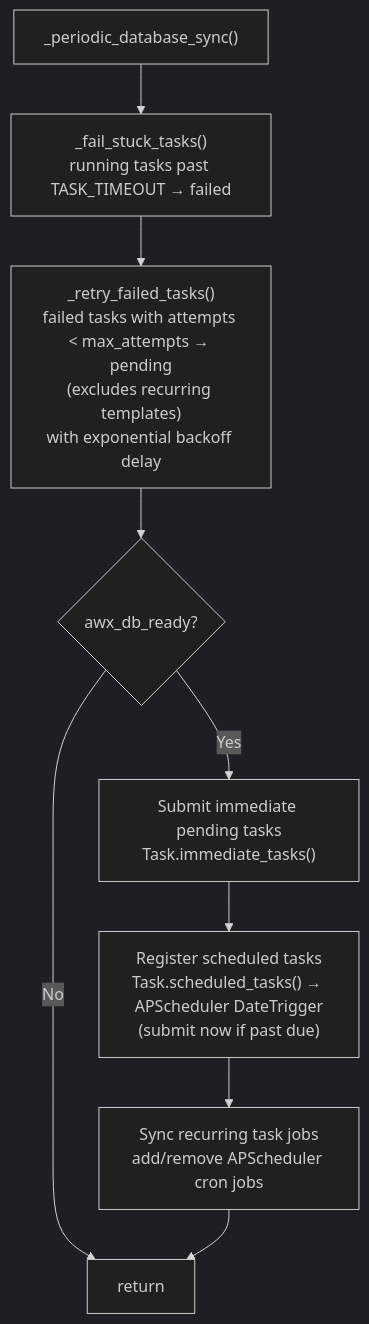
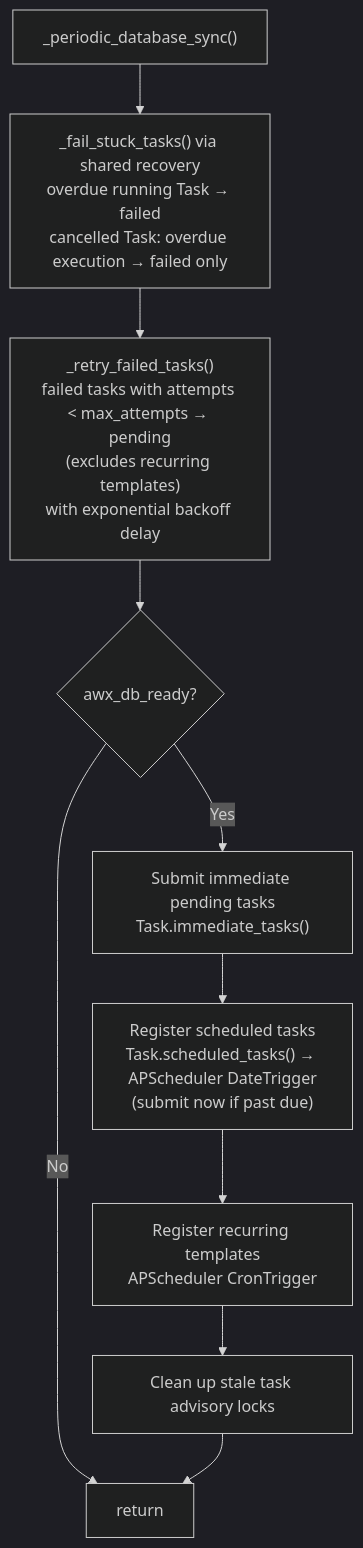
One commit to ansible/metrics-service changed the third of 5 diagrams in docs/task-state-machine.md. Above: the diagram before and after it, drawn with Mermaid (dark theme). The commit also changed other lines of this file and 1 other file, not shown here.

First line of the commit message:
clarify task lifecycle recovery diagrams

````diff
--- a/docs/task-state-machine.md
+++ b/docs/task-state-machine.md
@@ -186,22 +205,25 @@
 ```mermaid
 flowchart TD
     Start["_periodic_database_sync()"] --> Stuck
 
-    Stuck["_fail_stuck_tasks()<br/>running tasks past TASK_TIMEOUT → failed"]
+    Stuck["_fail_stuck_tasks() via shared recovery<br/>overdue running Task → failed<br/>cancelled Task: overdue execution → failed only"]
     Stuck --> Retry
 
     Retry["_retry_failed_tasks()<br/>failed tasks with attempts < max_attempts → pending<br/>(excludes recurring templates)<br/>with exponential backoff delay"]
     Retry --> CheckDB{"awx_db_ready?"}
 
     CheckDB -- No --> End["return"]
     CheckDB -- Yes --> Immediate
 
     Immediate["Submit immediate pending tasks<br/>Task.immediate_tasks()"]
     Immediate --> Scheduled
 
     Scheduled["Register scheduled tasks<br/>Task.scheduled_tasks() → APScheduler DateTrigger<br/>(submit now if past due)"]
     Scheduled --> Recurring
 
-    Recurring["Sync recurring task jobs<br/>add/remove APScheduler cron jobs"]
-    Recurring --> End
+    Recurring["Register recurring templates<br/>APScheduler CronTrigger"]
+    Recurring --> Locks
+
+    Locks["Clean up stale task advisory locks"]
+    Locks --> End
 ```
````
